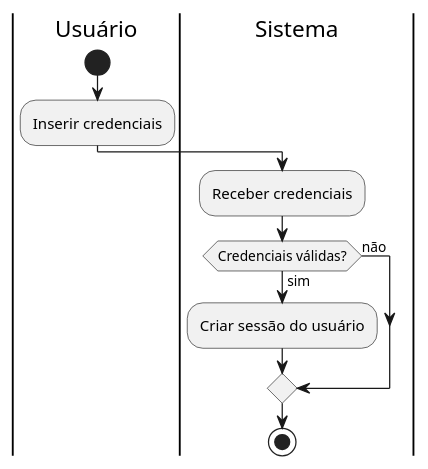
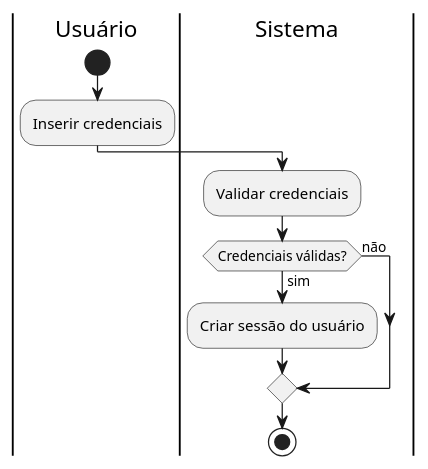
One commit to araujofs/sst changed the diagram in specs/diagrams/classes/metodos/usuario/autenticar.puml. Above: the diagram before and after it, drawn with PlantUML. The commit also changed 9 other files, not shown here.

```diff
--- a/specs/diagrams/classes/metodos/usuario/autenticar.puml
+++ b/specs/diagrams/classes/metodos/usuario/autenticar.puml
@@ -1,14 +1,14 @@
 @startuml autenticar
 | Usuário |
 start
 :Inserir credenciais;
 
 | Sistema |
-:Receber credenciais;
+:Validar credenciais;
 if (Credenciais válidas?) then (sim)
   :Criar sessão do usuário;
 else (não)
 endif
 
 stop
 @enduml
```
